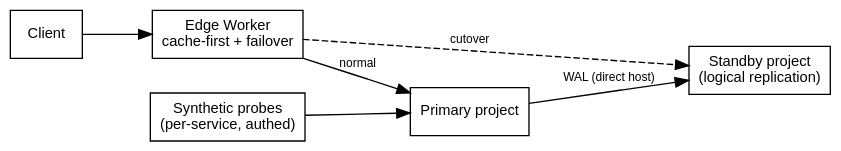
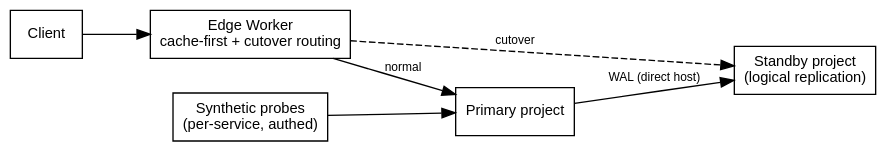
Before and after one commit to erfianugrah/lexicanum: the diagram in src/content/docs/guides/supabase-resilience-runbook.mdx, drawn with Graphviz.

Commit message:
fix(supabase-resilience-runbook): diagram label matches shipped scope
The Worker node claimed 'failover' but Part 3 ships cache-first only;
cutover routing is Part 4's procedure. Label now says cutover routing.

````diff
--- a/src/content/docs/guides/supabase-resilience-runbook.mdx
+++ b/src/content/docs/guides/supabase-resilience-runbook.mdx
@@ -41,18 +41,18 @@
 ```dot
 digraph {
   rankdir=LR; bgcolor="transparent"; nodesep=0.3; ranksep=0.7;
   fontname="Helvetica,Arial,sans-serif";
   node [fontname="Helvetica,Arial,sans-serif", fontsize=11, shape=box];
   edge [fontname="Helvetica,Arial,sans-serif", fontsize=9];
   client [label="Client"];
-  worker [label="Edge Worker\ncache-first + failover"];
+  worker [label="Edge Worker\ncache-first + cutover routing"];
   primary [label="Primary project"];
   standby [label="Standby project\n(logical replication)"];
   probes [label="Synthetic probes\n(per-service, authed)"];
   client -> worker;
   worker -> primary [label="normal"];
   worker -> standby [label="cutover", style=dashed];
   primary -> standby [label="WAL (direct host)"];
   probes -> primary;
 }
 ```
````
